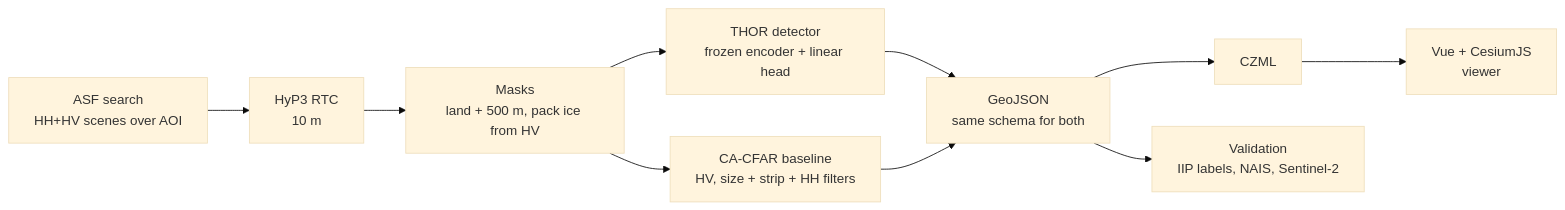
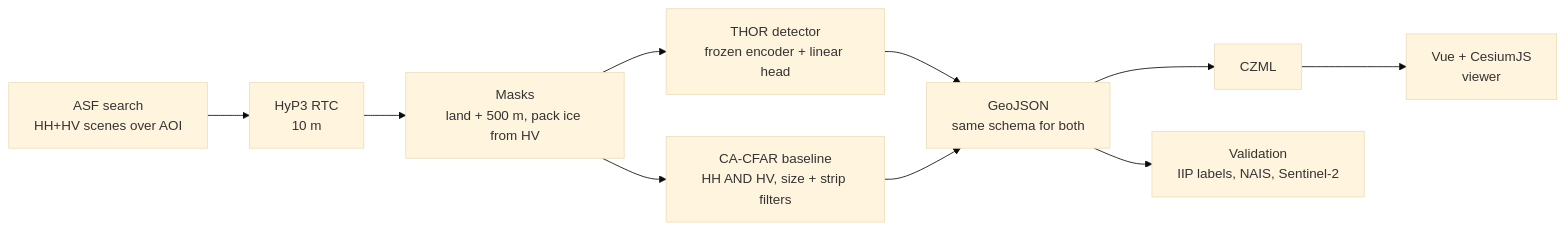
The diagram in README.md (natali-kovalski/iceberg-alley-sar), drawn with Mermaid (base theme) before and after one commit. The commit also changed other lines of this file and 21 other files, not shown here.

````diff
--- a/README.md
+++ b/README.md
@@ -59,11 +59,11 @@
 ```mermaid
 flowchart LR
     A[ASF search<br/>HH+HV scenes over AOI] --> B[HyP3 RTC<br/>10 m]
     B --> C[Masks<br/>land + 500 m, pack ice from HV]
     C --> T[THOR detector<br/>frozen encoder + linear head]
-    C --> D[CA-CFAR baseline<br/>HV, size + strip + HH filters]
+    C --> D[CA-CFAR baseline<br/>HH AND HV, size + strip filters]
     T --> F[GeoJSON<br/>same schema for both]
     D --> F
     F --> G[CZML] --> H[Vue + CesiumJS<br/>viewer]
     F --> V[Validation<br/>IIP labels, NAIS, Sentinel-2]
 ```
````
